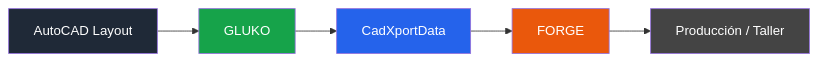
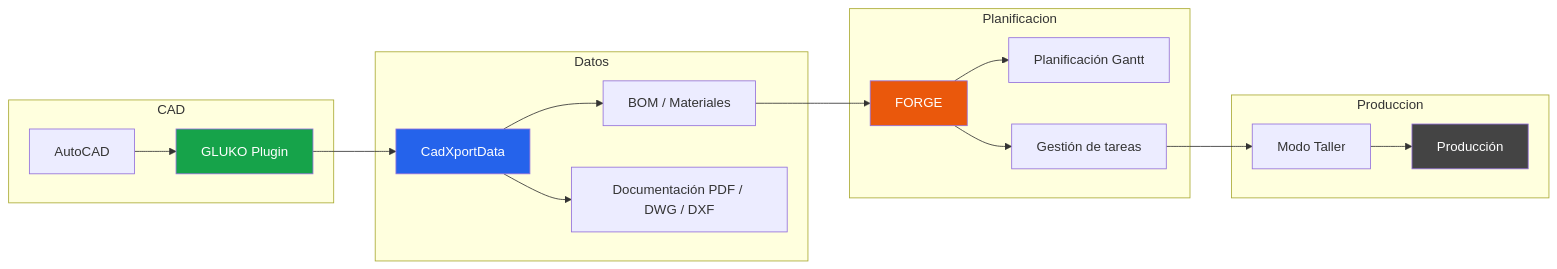
One commit to Megiddo-Source/.github changed the diagram in profile/README.md. Above: the diagram before and after it, drawn with Mermaid. The commit also changed other lines of this file, not shown here.

````diff
--- a/profile/README.md
+++ b/profile/README.md
@@ -64,14 +64,40 @@
 ```mermaid
 flowchart LR
 
-A[AutoCAD Layout] --> B[GLUKO]
-B --> C[CadXportData]
-C --> D[FORGE]
-D --> E[Producción / Taller]
+subgraph CAD
+A[AutoCAD]
+B[GLUKO Plugin]
+end
 
-style A fill:#1f2937,color:#fff
+subgraph Datos
+C[CadXportData]
+D[BOM / Materiales]
+E[Documentación PDF / DWG / DXF]
+end
+
+subgraph Planificacion
+F[FORGE]
+G[Planificación Gantt]
+H[Gestión de tareas]
+end
+
+subgraph Produccion
+I[Modo Taller]
+J[Producción]
+end
+
+A --> B
+B --> C
+C --> D
+C --> E
+D --> F
+F --> G
+F --> H
+H --> I
+I --> J
+
 style B fill:#16a34a,color:#fff
 style C fill:#2563eb,color:#fff
-style D fill:#ea580c,color:#fff
-style E fill:#444,color:#fff
+style F fill:#ea580c,color:#fff
+style J fill:#444,color:#fff
 ```
````
